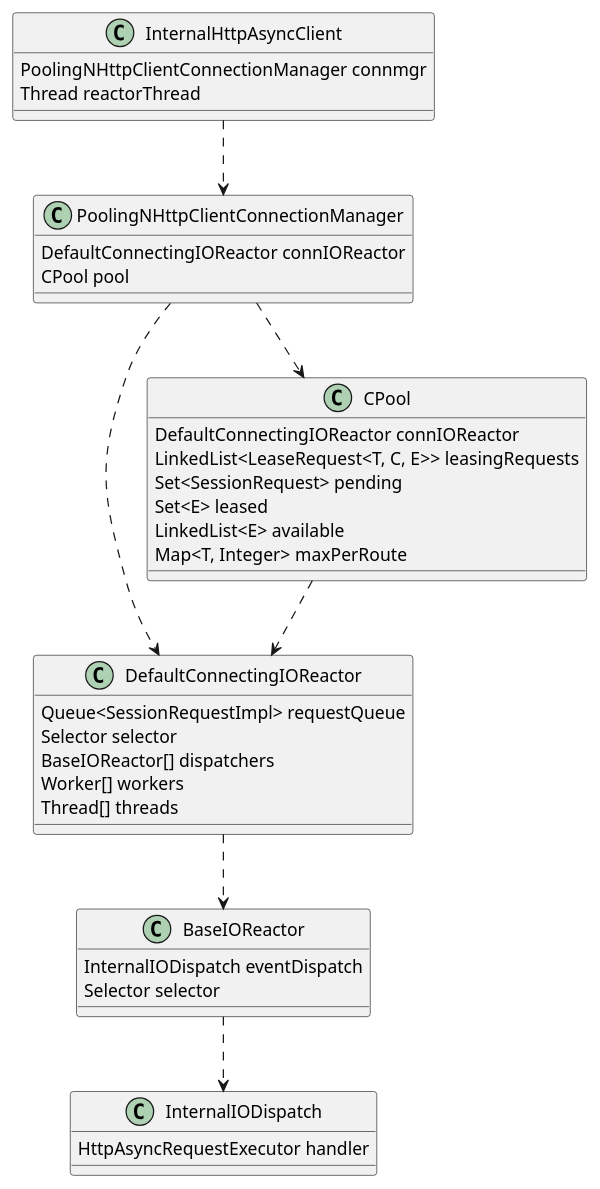
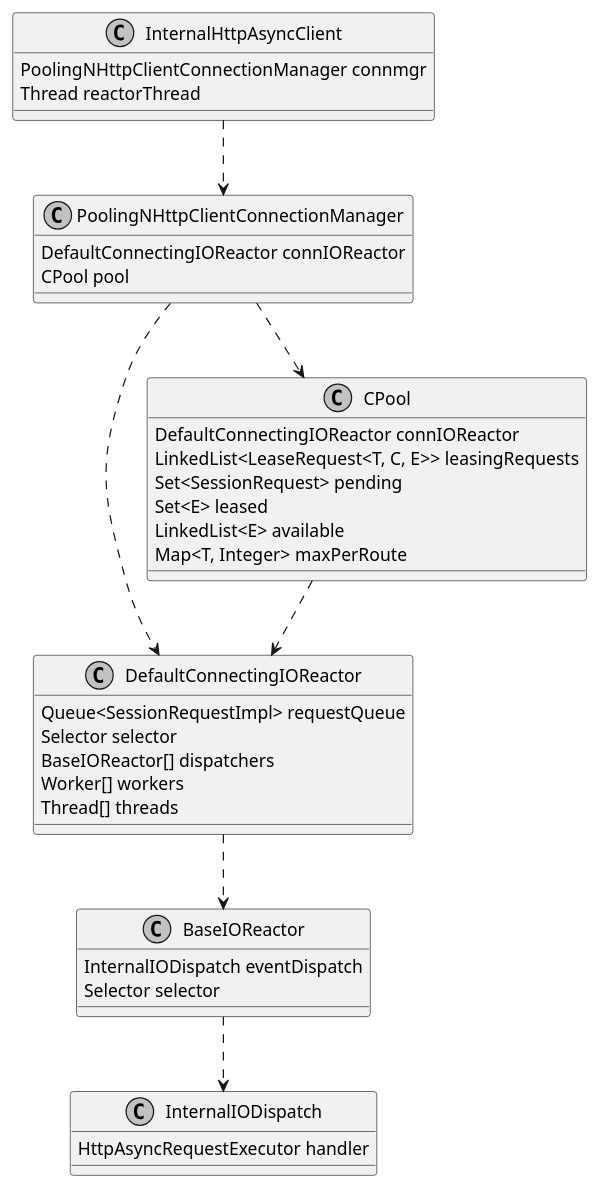
One commit to ntjsz/blog-misc changed the first of 4 diagrams in AsyncHttpClient/uml/Class Diagram.wsd. Above: the diagram before and after it, drawn with PlantUML. The commit also changed other lines of this file and 5 other files, not shown here.

Commit message:
finish uml

```diff
--- a/AsyncHttpClient/uml/Class Diagram.wsd
+++ b/AsyncHttpClient/uml/Class Diagram.wsd
@@ -1,49 +1,52 @@
 @startuml ClassDiagram
+skinparam monochrome true
+skinparam ParticipantBackgroundColor #E0E0E0
+
 class InternalHttpAsyncClient {
     PoolingNHttpClientConnectionManager connmgr
     Thread reactorThread
 }
 
 class PoolingNHttpClientConnectionManager {
     DefaultConnectingIOReactor connIOReactor
     CPool pool
 }
 
 class DefaultConnectingIOReactor {
     Queue<SessionRequestImpl> requestQueue
     Selector selector
     BaseIOReactor[] dispatchers
     Worker[] workers
     Thread[] threads
 }
 
 class BaseIOReactor {
     InternalIODispatch eventDispatch
     Selector selector
 }
 
 class InternalIODispatch {
     HttpAsyncRequestExecutor handler
 }
 
 class CPool {
     DefaultConnectingIOReactor connIOReactor
     LinkedList<LeaseRequest<T, C, E>> leasingRequests
     Set<SessionRequest> pending
     Set<E> leased
     LinkedList<E> available
     Map<T, Integer> maxPerRoute
 }
 
 InternalHttpAsyncClient ..> PoolingNHttpClientConnectionManager
 
 PoolingNHttpClientConnectionManager ..> DefaultConnectingIOReactor
 PoolingNHttpClientConnectionManager ..> CPool
 
 DefaultConnectingIOReactor ..> BaseIOReactor
 
 BaseIOReactor ..> InternalIODispatch
 
 CPool ..> DefaultConnectingIOReactor
 
 @enduml
```
